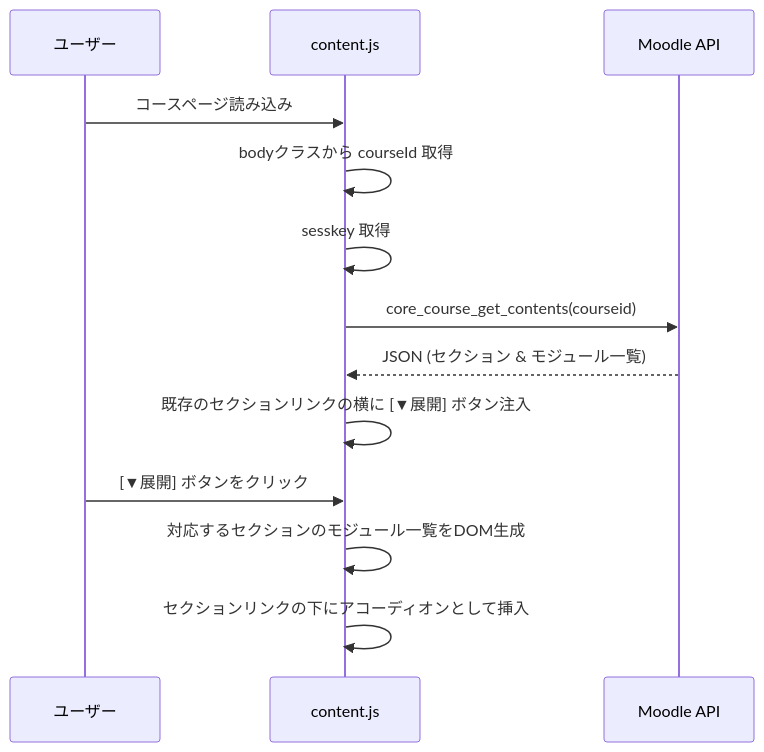
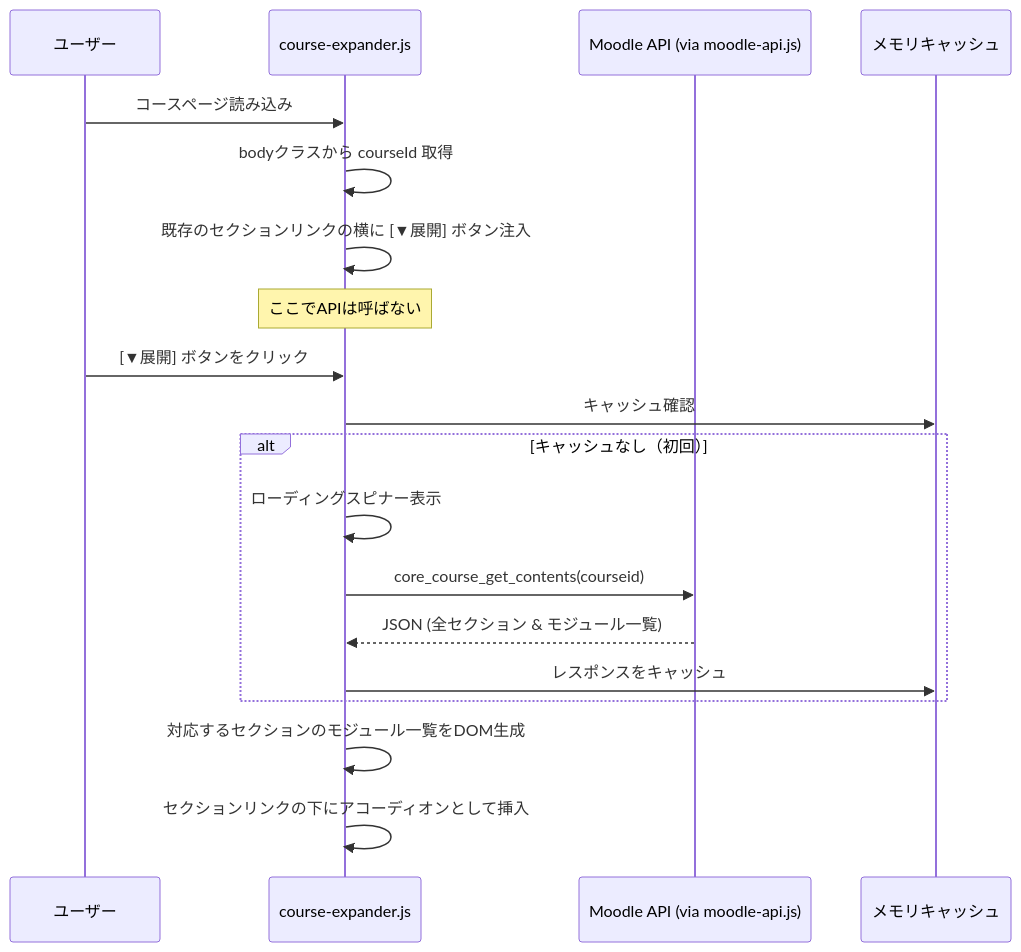
The first of 2 diagrams in docs/phase2_requirements.md (Yuk1a1/moodle-plus-r-enhancer-), drawn with Mermaid before and after one commit. The commit also changed other lines of this file, not shown here.

````diff
--- a/docs/phase2_requirements.md
+++ b/docs/phase2_requirements.md
@@ -47,16 +333,23 @@
 ```mermaid
 sequenceDiagram
     participant U as ユーザー
-    participant CS as content.js
-    participant API as Moodle API
+    participant CS as course-expander.js
+    participant API as Moodle API (via moodle-api.js)
+    participant Cache as メモリキャッシュ
 
     U->>CS: コースページ読み込み
     CS->>CS: bodyクラスから courseId 取得
-    CS->>CS: sesskey 取得
-    CS->>API: core_course_get_contents(courseid)
-    API-->>CS: JSON (セクション & モジュール一覧)
     CS->>CS: 既存のセクションリンクの横に [▼展開] ボタン注入
+    Note over CS: ここでAPIは呼ばない
+
     U->>CS: [▼展開] ボタンをクリック
+    CS->>Cache: キャッシュ確認
+    alt キャッシュなし（初回）
+        CS->>CS: ローディングスピナー表示
+        CS->>API: core_course_get_contents(courseid)
+        API-->>CS: JSON (全セクション & モジュール一覧)
+        CS->>Cache: レスポンスをキャッシュ
+    end
     CS->>CS: 対応するセクションのモジュール一覧をDOM生成
     CS->>CS: セクションリンクの下にアコーディオンとして挿入
 ```
````
